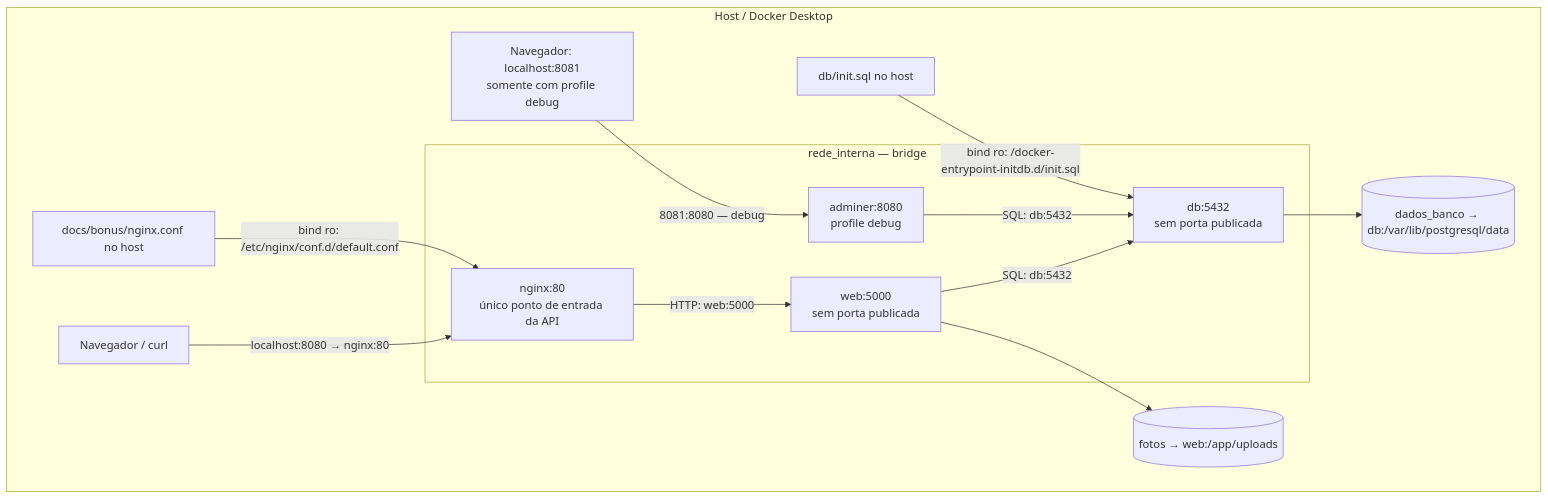
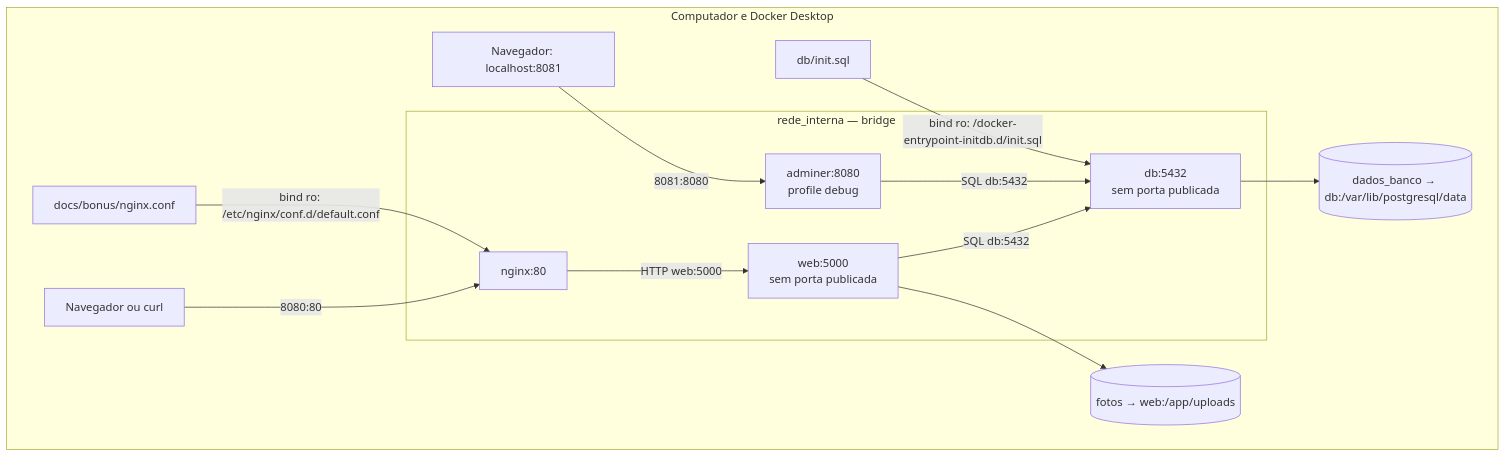
Before and after one commit to arthurteixeiradev/achados-perdidos: the diagram in docs/bonus/README.md, drawn with Mermaid. The commit also changed other lines of this file and 4 other files, not shown here.

````diff
--- a/docs/bonus/README.md
+++ b/docs/bonus/README.md
@@ -19,26 +21,26 @@
 ```mermaid
 flowchart TB
-    subgraph HOST["Host / Docker Desktop"]
-        CLIENTE["Navegador / curl"]
-        SQL["db/init.sql no host"]
-        CONF["docs/bonus/nginx.conf no host"]
-        PAINEL["Navegador: localhost:8081<br/>somente com profile debug"]
+    subgraph HOST["Computador e Docker Desktop"]
+        CLIENTE["Navegador ou curl"]
+        PAINEL["Navegador: localhost:8081"]
+        SQL["db/init.sql"]
+        CONF["docs/bonus/nginx.conf"]
         subgraph REDE["rede_interna — bridge"]
-            NGINX["nginx:80<br/>único ponto de entrada da API"]
+            NGINX["nginx:80"]
             WEB["web:5000<br/>sem porta publicada"]
             DB["db:5432<br/>sem porta publicada"]
             ADMINER["adminer:8080<br/>profile debug"]
-            NGINX -->|"HTTP: web:5000"| WEB
-            WEB -->|"SQL: db:5432"| DB
-            ADMINER -->|"SQL: db:5432"| DB
+            NGINX -->|"HTTP web:5000"| WEB
+            WEB -->|"SQL db:5432"| DB
+            ADMINER -->|"SQL db:5432"| DB
         end
         FOTOS[("fotos → web:/app/uploads")]
         DADOS[("dados_banco → db:/var/lib/postgresql/data")]
-        CLIENTE -->|"localhost:8080 → nginx:80"| NGINX
-        PAINEL -->|"8081:8080 — debug"| ADMINER
+        CLIENTE -->|"8080:80"| NGINX
+        PAINEL -->|"8081:8080"| ADMINER
         WEB --> FOTOS
         DB --> DADOS
         SQL -->|"bind ro: /docker-entrypoint-initdb.d/init.sql"| DB
         CONF -->|"bind ro: /etc/nginx/conf.d/default.conf"| NGINX
     end
 ```
````
